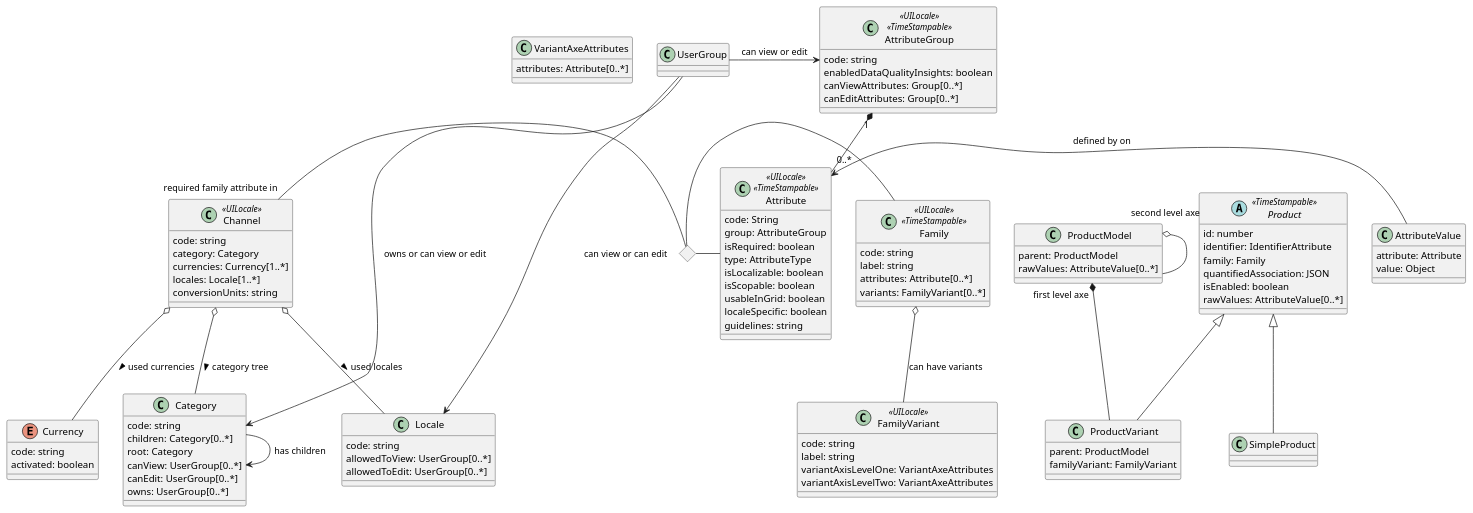
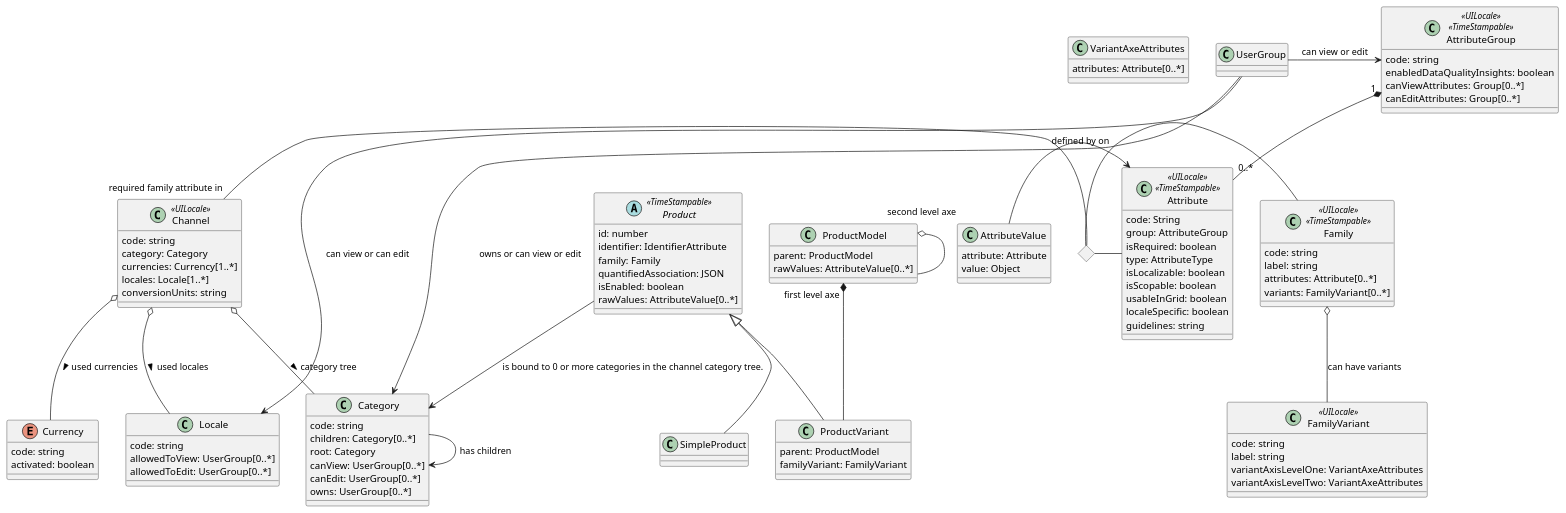
The diagram in architecture/pim-core.puml (akeneo/pim-docs), drawn with PlantUML before and after one commit. The commit also changed 3 other files, not shown here.

```diff
--- a/architecture/pim-core.puml
+++ b/architecture/pim-core.puml
@@ -2,178 +2,178 @@
 @startuml PIM core domain model
 
 '!include "base-classes.iuml"
 '
 ' Stereotype: TimeStampable: created,  updated
 '
 
 together   {
     class Locale {
         code: string
         allowedToView: UserGroup[0..*]
         allowedToEdit: UserGroup[0..*]
         'additional denormalized col in db  activated: boolean
     }
-
 
     enum Currency {
         code: string
         ' must be removed from channel to be disactivated
         activated: boolean
     }
 
     class Category {
         code: string 
         children: Category[0..*]
         root: Category
         canView: UserGroup[0..*]
         canEdit: UserGroup[0..*]
         owns: UserGroup[0..*]
     }
     Category -> Category : has children 
 
     ' Also known as scope in the PIM API
     class Channel <<UILocale>> {
         code: string
         category: Category
         currencies: Currency[1..*]
         locales: Locale[1..*]
         conversionUnits: string
     }
 
     Channel o-- Currency : used currencies >
     Channel o-- Locale: used locales >
     Channel o-- Category :  category tree >
 
 
 }
 
 
 
 together {
 
 'TODO rename to user_UserGroup
     class UserGroup {
         
     }
     UserGroup ->  Locale: can view or can edit
     UserGroup -> Category: owns or can view or edit
 
     Class Attribute  <<UILocale>>, <<TimeStampable>> {
         code: String
         group: AttributeGroup
         isRequired: boolean
         ' QUESTION when is it used?
         '
         type: AttributeType
         isLocalizable: boolean
         isScopable: boolean
         usableInGrid: boolean
         localeSpecific: boolean
         guidelines: string
     }
 
     'exemple digital_assets_images, product_size_dimensions, product_physical_characteristics
     class AttributeGroup <<UILocale>>, <<TimeStampable>> {
         code: string
         enabledDataQualityInsights: boolean
         canViewAttributes: Group[0..*]
         canEditAttributes: Group[0..*]
     }
 
     AttributeGroup "1" *-- "0..*" Attribute
     UserGroup -> AttributeGroup: "can view or edit"
 
     'Q: metric Family is used?
     'Q:  isScopable: type value per channel?
     'Q: what is backend Type, what is the use of entity_type ("Akeneo\Pim\Enrichment\Component\Product\Model\Product")
     'display attributes, specific values formats and value constraints not shown
     'Properties: a:4:{s:19:"reference_data_name";N;s:19:"auto_option_sorting";N;s:12:"is_read_only";N;s:13:"default_value";N;}
     'Guidelines:
     'sold_in_orgs: {"en_AU": "List of the Orgs this product can be sold in.\nIf the org is not added to this list, the product can not be sold to customers in that Org."}
     'part_number_list_competitor: {"en_AU": "Add competitor part numbers to this list, separate each with a comma."}
 
 
     ' TODO analyse
     'properties: Object is in child type.
 
 
 
     Class Family  <<UILocale>>, << TimeStampable >> {
         code: string
         label: string
         attributes: Attribute[0..*]
         variants: FamilyVariant[0..*]
     }
 
     <> familyAttributes
 
     familyAttributes   -  Family
     familyAttributes - Attribute
     familyAttributes - "required family attribute in" Channel 
 
     Class FamilyVariant <<UILocale>>{
         code: string
         label: string
         variantAxisLevelOne: VariantAxeAttributes
         variantAxisLevelTwo: VariantAxeAttributes
     }
 
     class VariantAxeAttributes {
         attributes: Attribute[0..*]
     }
 
     Family o-- FamilyVariant: can have variants
 
 
 }
 
 together {
     'TODO "develop"  rawvalues that contains a product... 
     'QUESTION How can we infer rawValues structure? => inspect real life DB?
     'TODO "develop"  quantifiedAssociation that contains a product... #associations...
     'QUESTION How can we infer quantifiedAssociation structure? => inspect real life DB?
 
    class AttributeValue {
         attribute: Attribute
         value: Object
     }
     AttributeValue -> Attribute: defined by on 
 
     abstract Class Product << TimeStampable >>  {
         id: number
         identifier: IdentifierAttribute
         family: Family
         ' attribute codes are determined recusively on parent (product model)
         quantifiedAssociation: JSON
         'Workflow status for business: used in filters
         isEnabled: boolean
         rawValues: AttributeValue[0..*]
     }
+    Product -> Category:  is bound to 0 or more categories in the channel category tree.
 
     Class ProductModel {
         parent: ProductModel
         rawValues: AttributeValue[0..*]
     }
 
     ProductModel "second level axe" o-- ProductModel
 
     class SimpleProduct {
 
     }
 
     Product <|-- SimpleProduct
 
     class ProductVariant {
         parent: ProductModel
         familyVariant: FamilyVariant
     }
 
     Product <|-- ProductVariant
 
     ProductModel "first level axe"  *-- ProductVariant
 }
 
 
 
 
 @enduml
```
